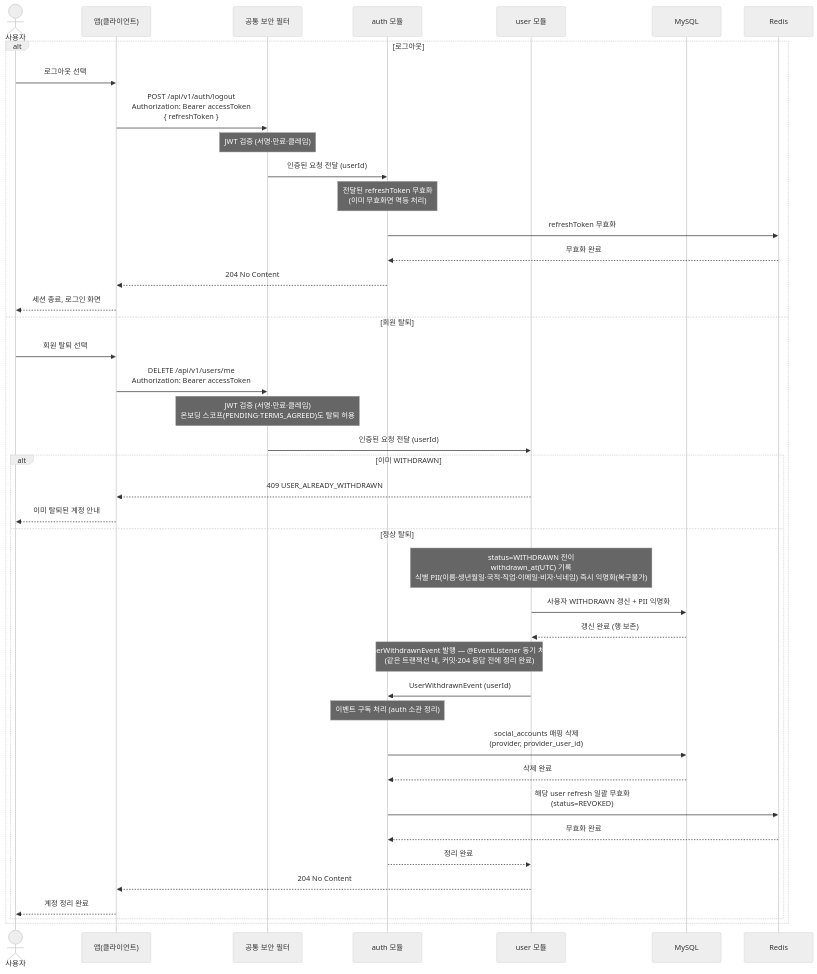
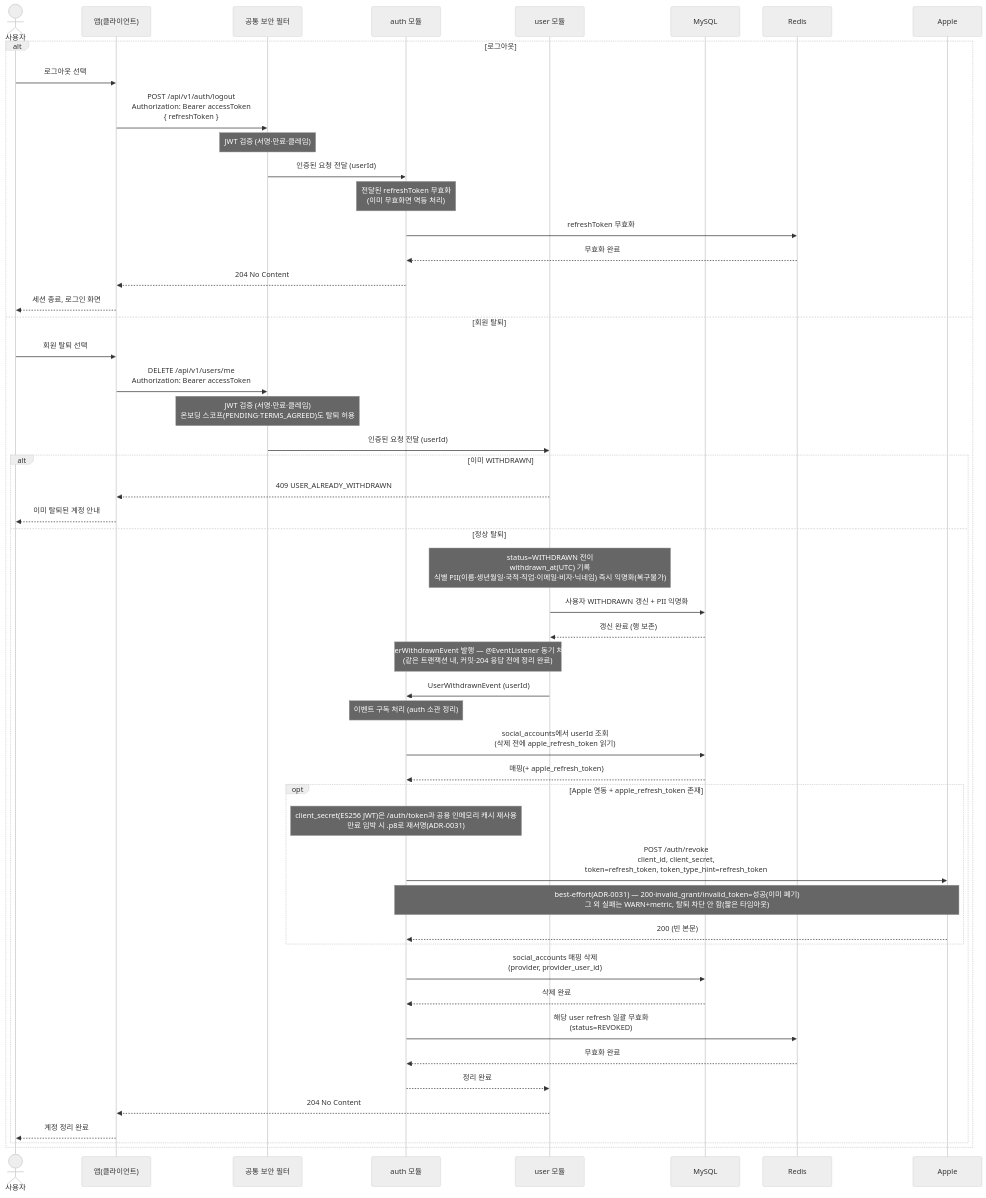
Before and after one commit to jameskim9509/Kohere-backend: the diagram in docs/architecture/sequence-diagrams/01-auth-onboarding/us-1-4-logout-withdraw.md, drawn with Mermaid (neutral theme). The commit also changed other lines of this file and 54 other files, not shown here.

First line of the commit message:
feat(auth): Apple 로그인 인가코드 방식 구현 (탈퇴 시 토큰 폐기) (#63)

````diff
--- a/docs/architecture/sequence-diagrams/01-auth-onboarding/us-1-4-logout-withdraw.md
+++ b/docs/architecture/sequence-diagrams/01-auth-onboarding/us-1-4-logout-withdraw.md
@@ -5,45 +5,54 @@
 ```mermaid
 sequenceDiagram
     actor U as 사용자
     participant C as 앱(클라이언트)
     participant SEC as 공통 보안 필터
     participant AUTH as auth 모듈
     participant USER as user 모듈
     participant SQL as MySQL
     participant RDS as Redis
+    participant AP as Apple
 
     alt 로그아웃
         U->>C: 로그아웃 선택
         C->>SEC: POST /api/v1/auth/logout<br/>Authorization: Bearer accessToken<br/>{ refreshToken }
         Note over SEC: JWT 검증 (서명·만료·클레임)
         SEC->>AUTH: 인증된 요청 전달 (userId)
         Note over AUTH: 전달된 refreshToken 무효화<br/>(이미 무효화면 멱등 처리)
         AUTH->>RDS: refreshToken 무효화
         RDS-->>AUTH: 무효화 완료
         AUTH-->>C: 204 No Content
         C-->>U: 세션 종료, 로그인 화면
     else 회원 탈퇴
         U->>C: 회원 탈퇴 선택
         C->>SEC: DELETE /api/v1/users/me<br/>Authorization: Bearer accessToken
         Note over SEC: JWT 검증 (서명·만료·클레임)<br/>온보딩 스코프(PENDING·TERMS_AGREED)도 탈퇴 허용
         SEC->>USER: 인증된 요청 전달 (userId)
         alt 이미 WITHDRAWN
             USER-->>C: 409 USER_ALREADY_WITHDRAWN
             C-->>U: 이미 탈퇴된 계정 안내
         else 정상 탈퇴
             Note over USER: status=WITHDRAWN 전이<br/>withdrawn_at(UTC) 기록<br/>식별 PII(이름·생년월일·국적·직업·이메일·비자·닉네임) 즉시 익명화(복구불가)
             USER->>SQL: 사용자 WITHDRAWN 갱신 + PII 익명화
             SQL-->>USER: 갱신 완료 (행 보존)
             Note over USER,AUTH: UserWithdrawnEvent 발행 — @EventListener 동기 처리<br/>(같은 트랜잭션 내, 커밋·204 응답 전에 정리 완료)
             USER->>AUTH: UserWithdrawnEvent (userId)
             Note over AUTH: 이벤트 구독 처리 (auth 소관 정리)
+            AUTH->>SQL: social_accounts에서 userId 조회<br/>(삭제 전에 apple_refresh_token 읽기)
+            SQL-->>AUTH: 매핑(+ apple_refresh_token)
+            opt Apple 연동 + apple_refresh_token 존재
+                Note over AUTH: client_secret(ES256 JWT)은 /auth/token과 공용 인메모리 캐시 재사용<br/>만료 임박 시 .p8로 재서명(ADR-0031)
+                AUTH->>AP: POST /auth/revoke<br/>client_id, client_secret,<br/>token=refresh_token, token_type_hint=refresh_token
+                Note over AUTH,AP: best-effort(ADR-0031) — 200·invalid_grant/invalid_token=성공(이미 폐기)<br/>그 외 실패는 WARN+metric, 탈퇴 차단 안 함(짧은 타임아웃)
+                AP-->>AUTH: 200 (빈 본문)
+            end
             AUTH->>SQL: social_accounts 매핑 삭제<br/>(provider, provider_user_id)
             SQL-->>AUTH: 삭제 완료
             AUTH->>RDS: 해당 user refresh 일괄 무효화<br/>(status=REVOKED)
             RDS-->>AUTH: 무효화 완료
             AUTH-->>USER: 정리 완료
             USER-->>C: 204 No Content
             C-->>U: 계정 정리 완료
         end
     end
 ```
````
